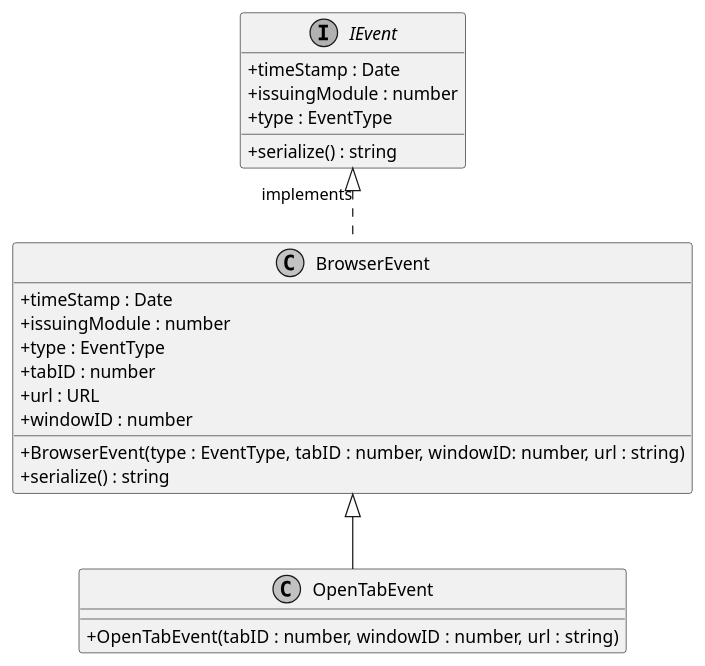
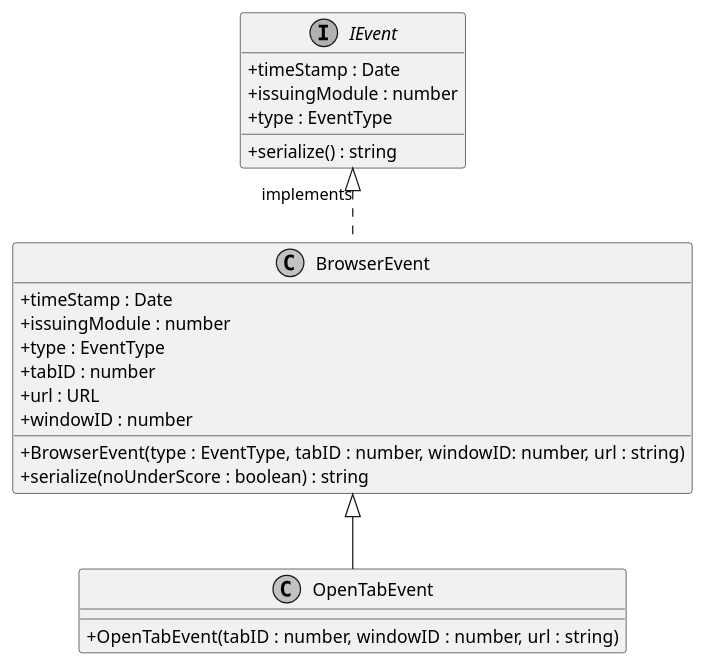
The diagram in documents/sd/plantuml/application/BrowserExtension/Listeners/OpenTabEvent.puml (insightmind/MORR), drawn with PlantUML before and after one commit. The commit also changed 21 other files, not shown here.

```diff
--- a/documents/sd/plantuml/application/BrowserExtension/Listeners/OpenTabEvent.puml
+++ b/documents/sd/plantuml/application/BrowserExtension/Listeners/OpenTabEvent.puml
@@ -1,26 +1,26 @@
 @startuml
 skinparam linetype ortho
 skinparam monochrome true
 skinparam classAttributeIconSize 0
 class OpenTabEvent extends BrowserEvent {
     + OpenTabEvent(tabID : number, windowID : number, url : string)
 }
 interface IEvent {
     + timeStamp : Date
     + issuingModule : number
     + type : EventType
     + serialize() : string
 }
 
 IEvent <|.DOWN. BrowserEvent : implements
 class BrowserEvent {
     + BrowserEvent(type : EventType, tabID : number, windowID: number, url : string)
     + timeStamp : Date
     + issuingModule : number
     + type : EventType
-    + serialize() : string
     + tabID : number
     + url : URL
     + windowID : number
+    + serialize(noUnderScore : boolean) : string
 }
 @enduml
```
